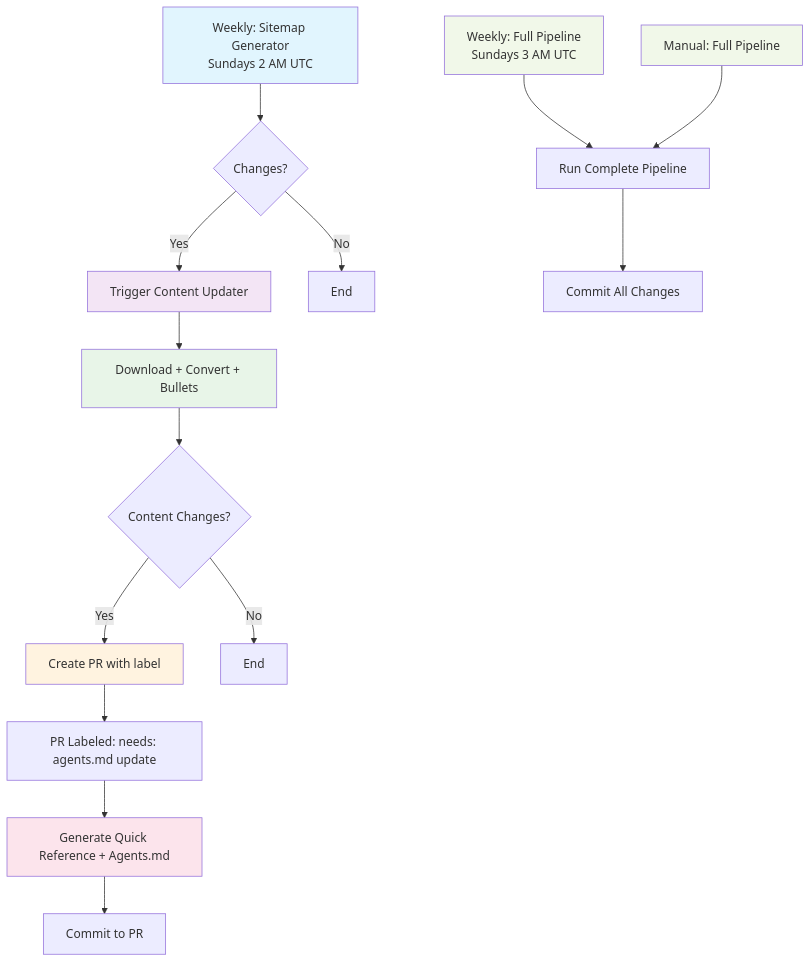
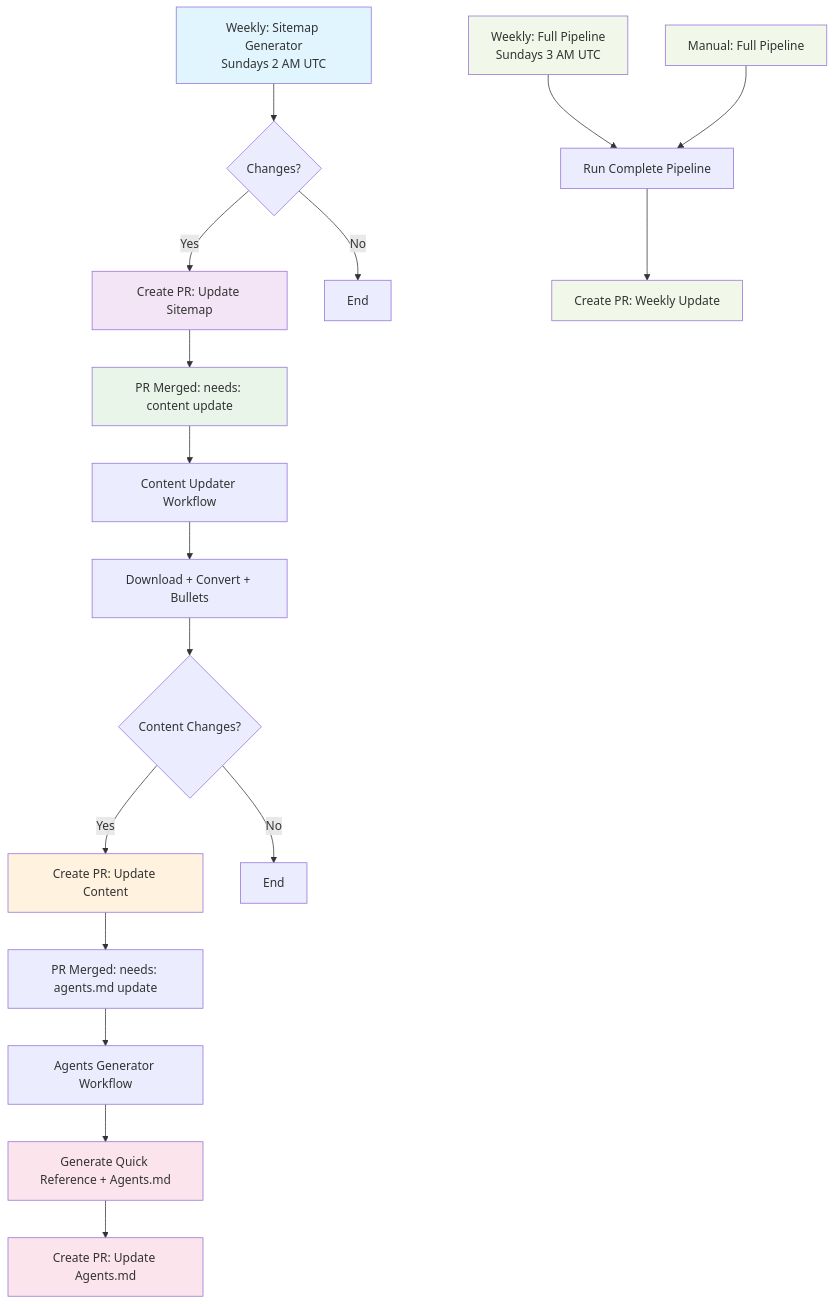
The second of 2 diagrams in README.md (ronaldtebrake/surge), drawn with Mermaid before and after one commit. The commit also changed other lines of this file and 4 other files, not shown here.

````diff
--- a/README.md
+++ b/README.md
@@ -204,28 +204,33 @@
 ```mermaid
 graph TD
     A[Weekly: Sitemap Generator<br/>Sundays 2 AM UTC] --> B{Changes?}
-    B -->|Yes| C[Trigger Content Updater]
+    B -->|Yes| C[Create PR: Update Sitemap]
     B -->|No| D[End]
     
-    C --> E[Download + Convert + Bullets]
-    E --> F{Content Changes?}
-    F -->|Yes| G[Create PR with label]
-    F -->|No| H[End]
+    C --> E[PR Merged: needs: content update]
+    E --> F[Content Updater Workflow]
+    F --> G[Download + Convert + Bullets]
+    G --> H{Content Changes?}
+    H -->|Yes| I[Create PR: Update Content]
+    H -->|No| J[End]
     
-    G --> I[PR Labeled: needs: agents.md update]
-    I --> J[Generate Quick Reference + Agents.md]
-    J --> K[Commit to PR]
+    I --> K[PR Merged: needs: agents.md update]
+    K --> L[Agents Generator Workflow]
+    L --> M[Generate Quick Reference + Agents.md]
+    M --> N[Create PR: Update Agents.md]
     
-    L[Weekly: Full Pipeline<br/>Sundays 3 AM UTC] --> M[Run Complete Pipeline]
-    M --> N[Commit All Changes]
+    O[Weekly: Full Pipeline<br/>Sundays 3 AM UTC] --> P[Run Complete Pipeline]
+    P --> Q[Create PR: Weekly Update]
     
-    O[Manual: Full Pipeline] --> M
+    R[Manual: Full Pipeline] --> P
     
     style A fill:#e1f5fe
     style C fill:#f3e5f5
     style E fill:#e8f5e8
-    style G fill:#fff3e0
-    style J fill:#fce4ec
-    style L fill:#f1f8e9
+    style I fill:#fff3e0
+    style M fill:#fce4ec
+    style N fill:#fce4ec
     style O fill:#f1f8e9
+    style Q fill:#f1f8e9
+    style R fill:#f1f8e9
 ```
````
